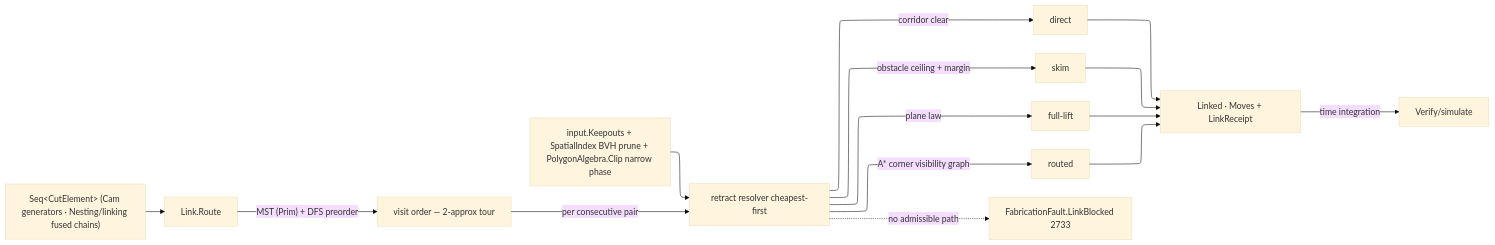
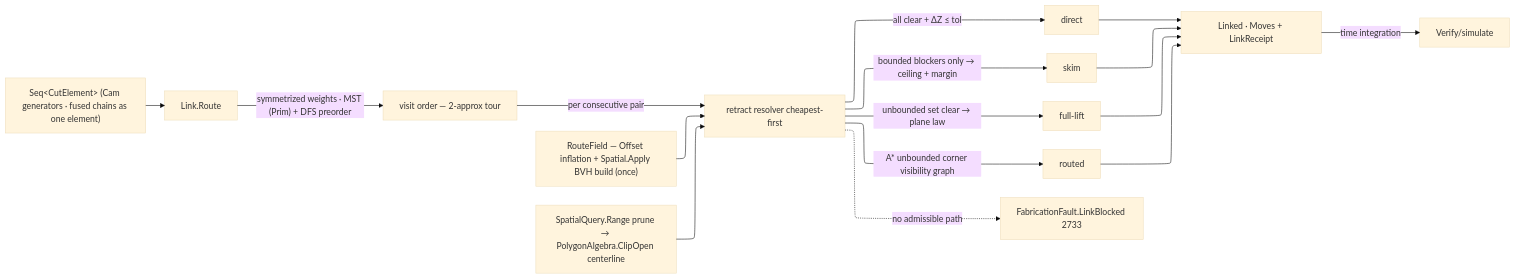
One commit to bsamiee/Rasm changed the diagram in libs/csharp/Rasm.Fabrication/.planning/Toolpath/link.md. Above: the diagram before and after it, drawn with Mermaid. The commit also changed other lines of this file and 79 other files, not shown here.

````diff
--- a/libs/csharp/Rasm.Fabrication/.planning/Toolpath/link.md
+++ b/libs/csharp/Rasm.Fabrication/.planning/Toolpath/link.md
@@ -153,22 +199,23 @@
 ```mermaid
 ---
 config:
   layout: elk
   theme: base
 ---
 flowchart LR
-    Elements["Seq&lt;CutElement&gt; (Cam generators · Nesting/linking fused chains)"] --> Route["Link.Route"]
-    Route -->|"MST (Prim) + DFS preorder"| Tour["visit order — 2-approx tour"]
+    Elements["Seq&lt;CutElement&gt; (Cam generators · fused chains as one element)"] --> Route["Link.Route"]
+    Route -->|"symmetrized weights · MST (Prim) + DFS preorder"| Tour["visit order — 2-approx tour"]
+    Field["RouteField — Offset inflation + Spatial.Apply BVH build (once)"] --> Resolve
     Tour -->|per consecutive pair| Resolve["retract resolver cheapest-first"]
-    Resolve -->|corridor clear| Direct["direct"]
-    Resolve -->|obstacle ceiling + margin| Skim["skim"]
-    Resolve -->|plane law| FullLift["full-lift"]
-    Resolve -->|"A* corner visibility graph"| Routed["routed"]
+    Resolve -->|"all clear + ΔZ ≤ tol"| Direct["direct"]
+    Resolve -->|"bounded blockers only → ceiling + margin"| Skim["skim"]
+    Resolve -->|"unbounded set clear → plane law"| FullLift["full-lift"]
+    Resolve -->|"A* unbounded corner visibility graph"| Routed["routed"]
     Resolve -.->|no admissible path| Blocked["FabricationFault.LinkBlocked 2733"]
-    Keepouts["input.Keepouts + SpatialIndex BVH prune + PolygonAlgebra.Clip narrow phase"] --> Resolve
+    Kernel["SpatialQuery.Range prune → PolygonAlgebra.ClipOpen centerline"] --> Resolve
     Direct --> Linked["Linked · Moves + LinkReceipt"]
     Skim --> Linked
     FullLift --> Linked
     Routed --> Linked
     Linked -->|time integration| Simulate["Verify/simulate"]
 ```
````
